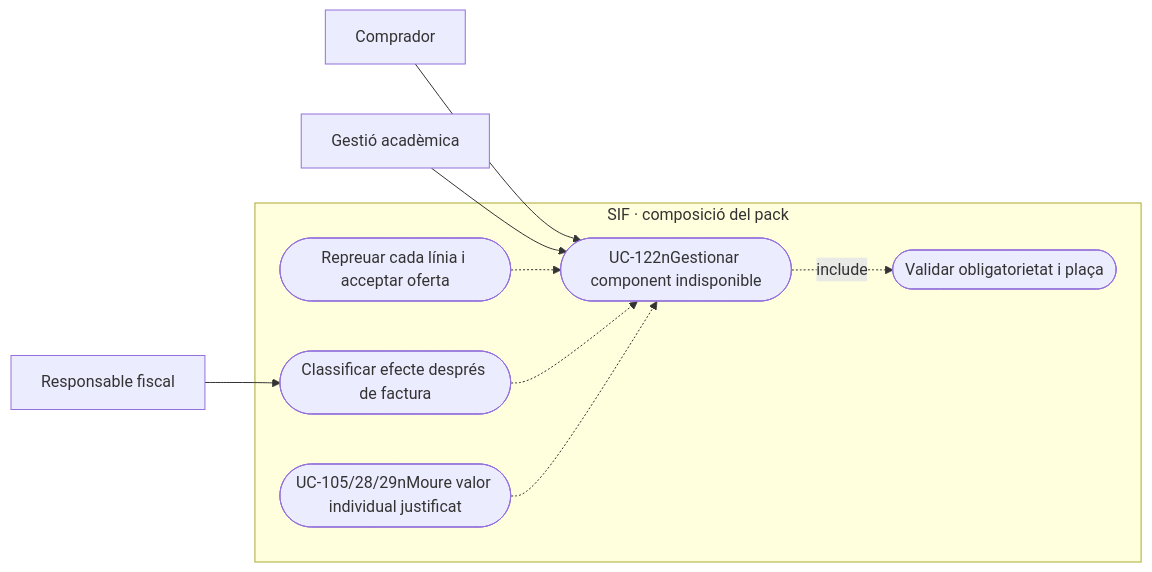
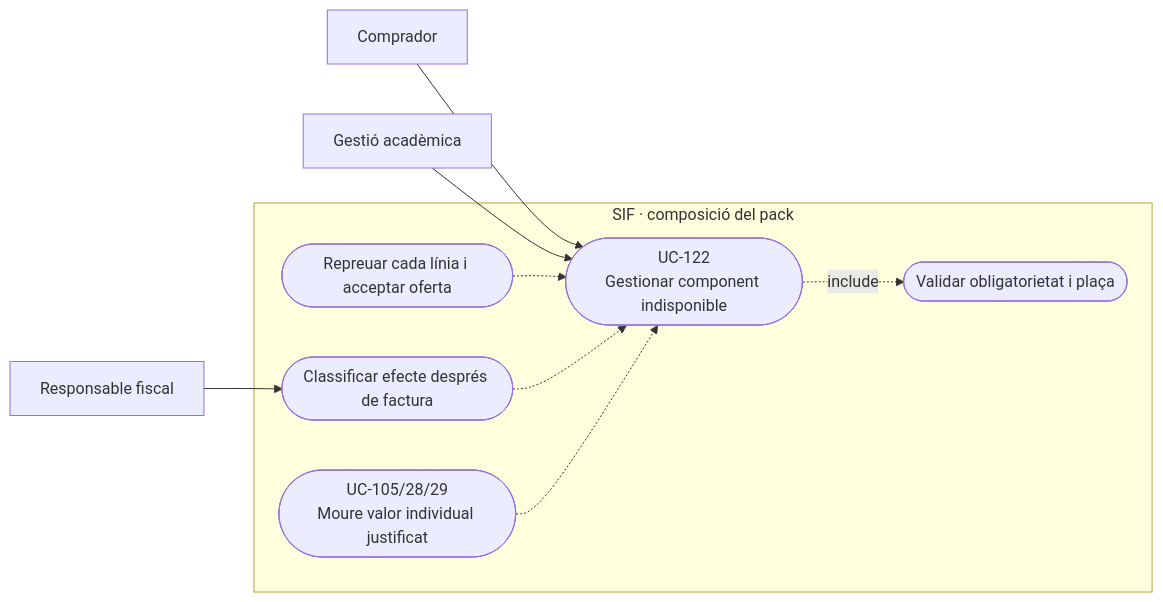
One commit to orgmeriemprismacat-del/verifactu changed the second of 4 diagrams in documentacio/07-uml-integrat/uc-122-composicio-pack-component-indisponible.md. Above: the diagram before and after it, drawn with Mermaid.

Commit message:
docs(uml): corregir salts Mermaid UC-122

````diff
--- a/documentacio/07-uml-integrat/uc-122-composicio-pack-component-indisponible.md
+++ b/documentacio/07-uml-integrat/uc-122-composicio-pack-component-indisponible.md
@@ -93,20 +93,20 @@
 ```mermaid
 flowchart LR
   a_0["Comprador"]
   a_1["Gestió acadèmica"]
   a_2["Responsable fiscal"]
   subgraph SIF_BOUNDARY["SIF · composició del pack"]
-    u_0(["UC-122nGestionar component indisponible"])
+    u_0(["UC-122<br/>Gestionar component indisponible"])
     u_1(["Validar obligatorietat i plaça"])
     u_2(["Repreuar cada línia i acceptar oferta"])
     u_3(["Classificar efecte després de factura"])
-    u_4(["UC-105/28/29nMoure valor individual justificat"])
+    u_4(["UC-105/28/29<br/>Moure valor individual justificat"])
   end
   a_0 --> u_0
   a_1 --> u_0
   a_2 --> u_3
   u_0 -.->|include| u_1
   u_2 -.-> u_0
   u_3 -.-> u_0
   u_4 -.-> u_0
 ```
````
